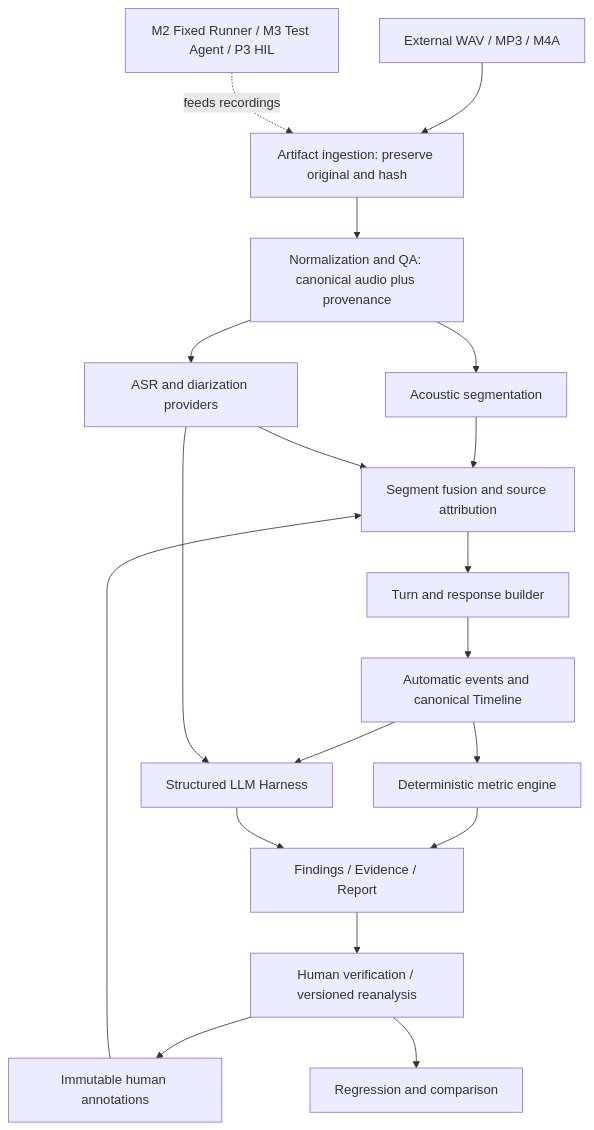
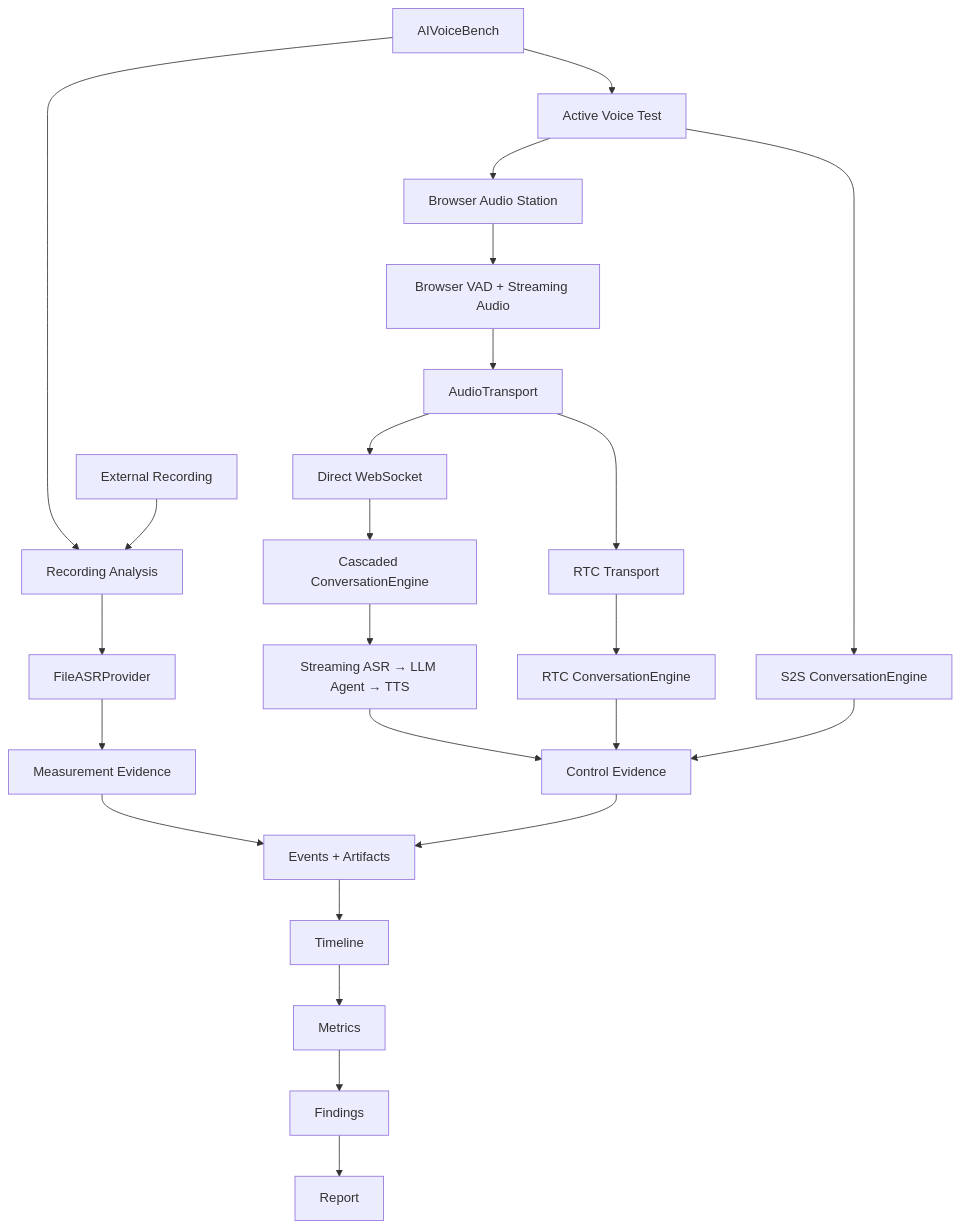
Before and after one commit to lybym/AIVoiceBench: the diagram in docs/01-system-architecture.md, drawn with Mermaid. The commit also changed other lines of this file and 9 other files, not shown here.

````diff
--- a/docs/01-system-architecture.md
+++ b/docs/01-system-architecture.md
@@ -11,21 +411,29 @@
 ```mermaid
 flowchart TD
-  R[External WAV / MP3 / M4A] --> I[Artifact ingestion: preserve original and hash]
-  I --> N[Normalization and QA: canonical audio plus provenance]
-  N --> A[Acoustic segmentation]
-  N --> S[ASR and diarization providers]
-  A --> F[Segment fusion and source attribution]
-  S --> F
-  H[Immutable human annotations] --> F
-  F --> T[Turn and response builder]
-  T --> E[Automatic events and canonical Timeline]
-  E --> D[Deterministic metric engine]
-  E --> L[Structured LLM Harness]
-  S --> L
-  D --> O[Findings / Evidence / Report]
-  L --> O
-  O --> V[Human verification / versioned reanalysis]
-  V --> H
-  V --> G[Regression and comparison]
-  X[M2 Fixed Runner / M3 Test Agent / P3 HIL] -. feeds recordings .-> I
+  AVB[AIVoiceBench] --> RA[Recording Analysis]
+  AVB --> VT[Active Voice Test]
+
+  ER[External Recording] --> RA
+  RA --> FASR[FileASRProvider]
+  FASR --> ME[Measurement Evidence]
+
+  VT --> BAS[Browser Audio Station]
+  BAS --> OBS[Browser VAD + Streaming Audio]
+  OBS --> AT[AudioTransport]
+  AT --> DWS[Direct WebSocket]
+  AT --> RTC[RTC Transport]
+  DWS --> CCE[Cascaded ConversationEngine]
+  RTC --> RCE[RTC ConversationEngine]
+  CCE --> CASCADE[Streaming ASR → LLM Agent → TTS]
+  VT --> S2S[S2S ConversationEngine]
+  CASCADE --> CE[Control Evidence]
+  RCE --> CE
+  S2S --> CE
+
+  ME --> EV[Events + Artifacts]
+  CE --> EV
+  EV --> TL[Timeline]
+  TL --> MX[Metrics]
+  MX --> FI[Findings]
+  FI --> RP[Report]
 ```
````
